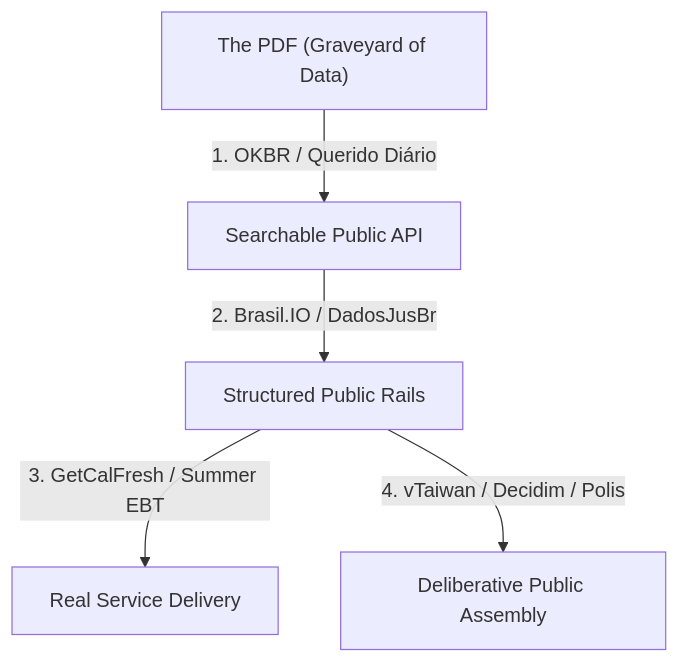
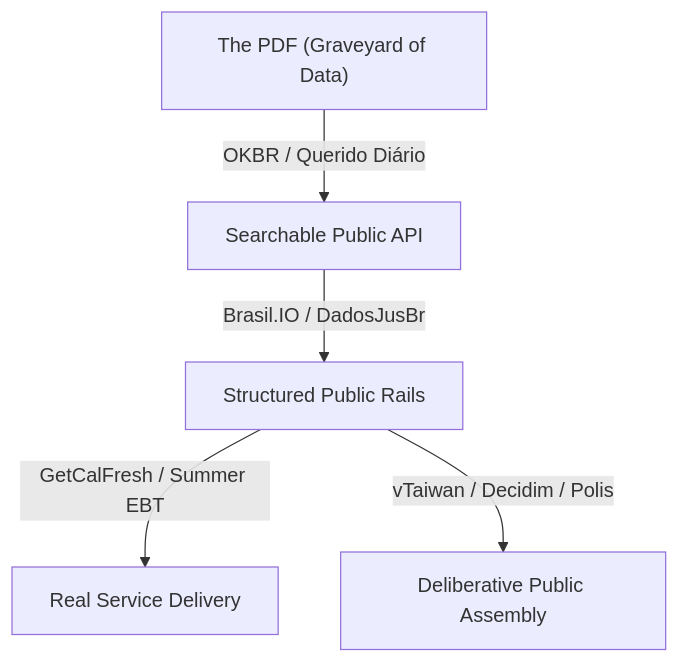
One commit to franklinbaldo/franklinbaldo.github.io changed the diagram in src/content/blog/video-queue-ai-civictech.mdx. Above: the diagram before and after it, drawn with Mermaid. The commit also changed other lines of this file and 11 other files, not shown here.

````diff
--- a/src/content/blog/video-queue-ai-civictech.mdx
+++ b/src/content/blog/video-queue-ai-civictech.mdx
@@ -110,7 +105,7 @@
 ```mermaid
 graph TD
-  PDF["The PDF (Graveyard of Data)"] -->|1. OKBR / Querido Diário| API["Searchable Public API"]
-  API -->|2. Brasil.IO / DadosJusBr| Structured["Structured Public Rails"]
-  Structured -->|3. GetCalFresh / Summer EBT| Service["Real Service Delivery"]
-  Structured -->|4. vTaiwan / Decidim / Polis| Deliberation["Deliberative Public Assembly"]
+  PDF["The PDF (Graveyard of Data)"] -->|OKBR / Querido Diário| API["Searchable Public API"]
+  API -->|Brasil.IO / DadosJusBr| Structured["Structured Public Rails"]
+  Structured -->|GetCalFresh / Summer EBT| Service["Real Service Delivery"]
+  Structured -->|vTaiwan / Decidim / Polis| Deliberation["Deliberative Public Assembly"]
 ```
````
